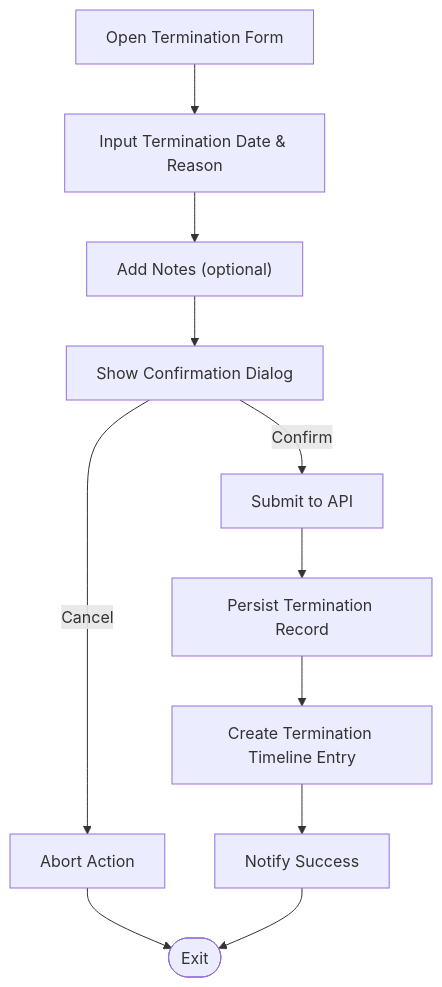
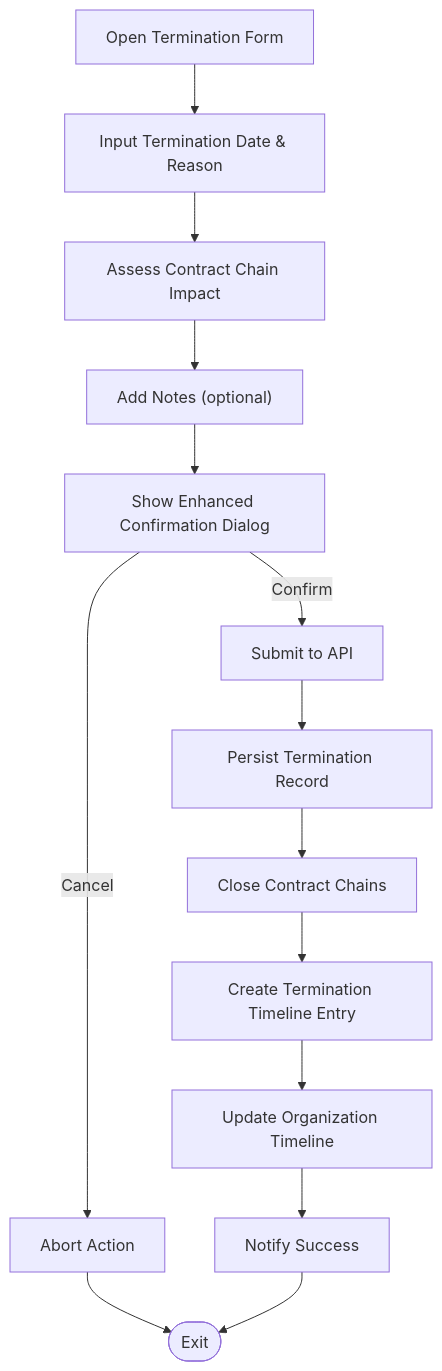
One commit to EdwinCycling/LiquidHR changed the sixth of 11 diagrams in .qoder/repowiki/en/content/Core HR Module/Employment Lifecycle.md. Above: the diagram before and after it, drawn with Mermaid. The commit also changed other lines of this file and 73 other files, not shown here.

````diff
--- a/.qoder/repowiki/en/content/Core HR Module/Employment Lifecycle.md
+++ b/.qoder/repowiki/en/content/Core HR Module/Employment Lifecycle.md
@@ -311,13 +390,16 @@
 ```mermaid
 flowchart TD
 OpenTerm["Open Termination Form"] --> InputDetails["Input Termination Date & Reason"]
-InputDetails --> AddNotes["Add Notes (optional)"]
-AddNotes --> Confirm["Show Confirmation Dialog"]
+InputDetails --> AssessChainImpact["Assess Contract Chain Impact"]
+AssessChainImpact --> AddNotes["Add Notes (optional)"]
+AddNotes --> Confirm["Show Enhanced Confirmation Dialog"]
 Confirm --> |Cancel| Abort["Abort Action"]
 Confirm --> |Confirm| Submit["Submit to API"]
 Submit --> PersistTerm["Persist Termination Record"]
-PersistTerm --> CreateTimeline["Create Termination Timeline Entry"]
-CreateTimeline --> Success["Notify Success"]
+PersistTerm --> CloseChains["Close Contract Chains"]
+CloseChains --> CreateTimeline["Create Termination Timeline Entry"]
+CreateTimeline --> UpdateOrgTimeline["Update Organization Timeline"]
+UpdateOrgTimeline --> Success["Notify Success"]
 Abort --> End(["Exit"])
 Success --> End
 ```
````
